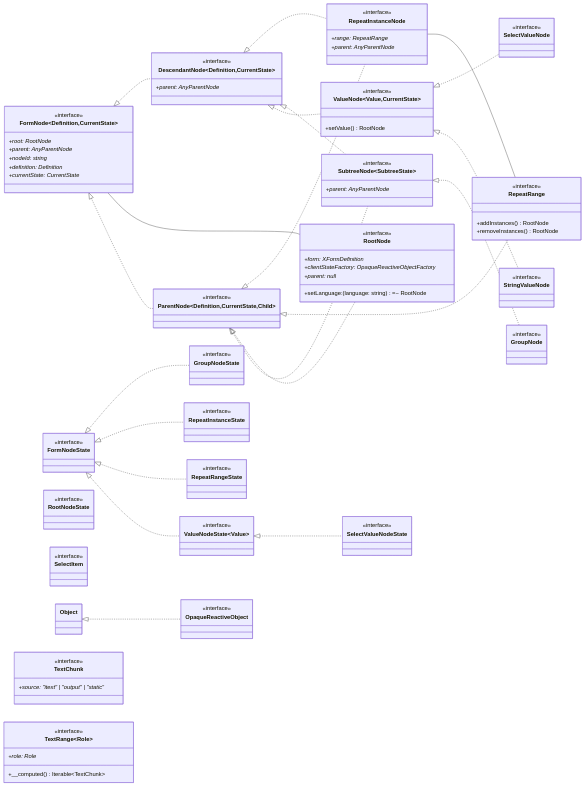
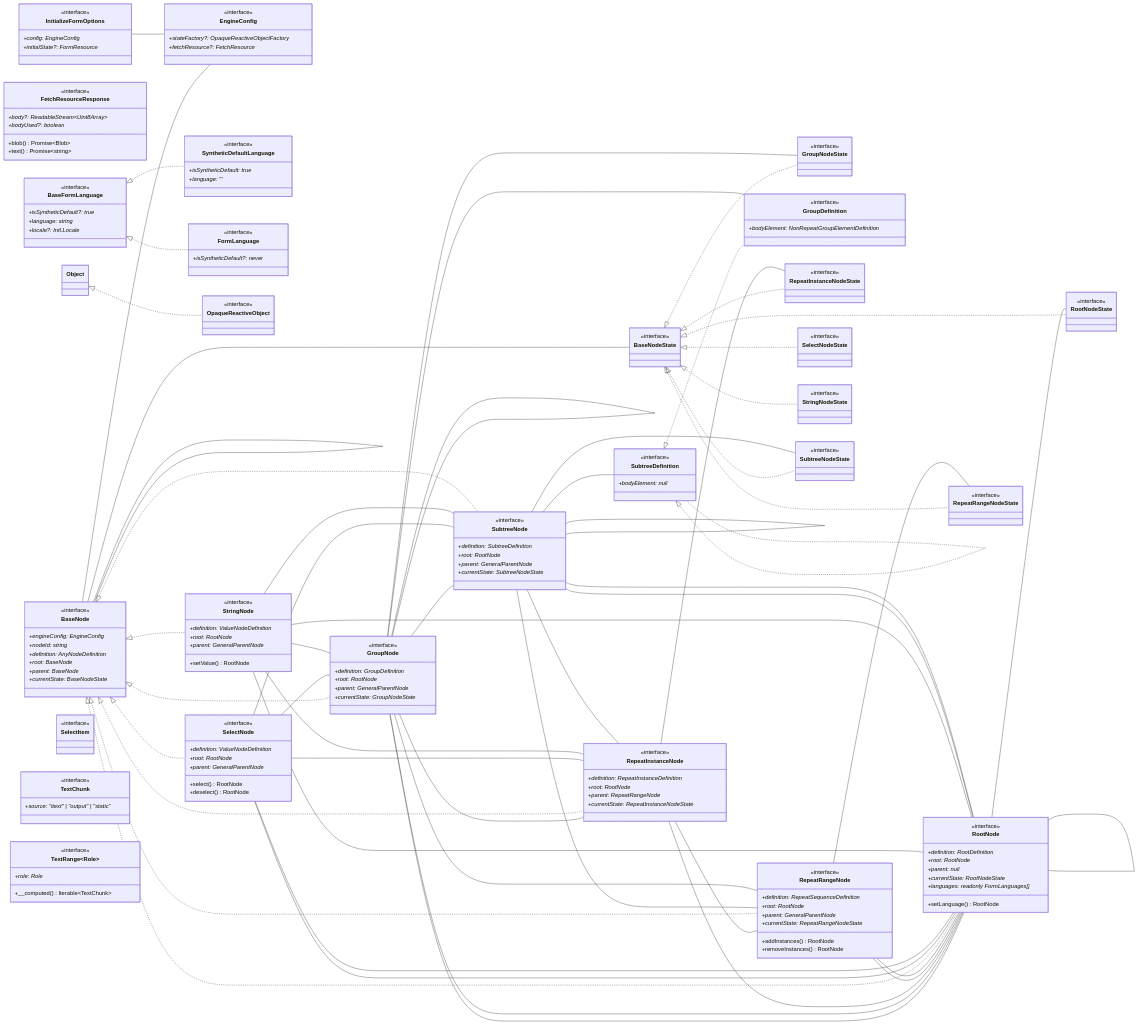
One commit to getodk/web-forms changed the diagram in packages/odk-web-forms/client-interface-uml.md. Above: the diagram before and after it, drawn with Mermaid.

Commit message:
updated the diagram

```diff
--- a/packages/odk-web-forms/client-interface-uml.md
+++ b/packages/odk-web-forms/client-interface-uml.md
@@ -4,73 +4,137 @@
 
 classDiagram
 direction LR
-class DescendantNode~Definition,CurrentState~ {
-            <<interface>>
-            +parent: AnyParentNode*
-            
-        }
-FormNode~Definition,CurrentState~<|..DescendantNode~Definition,CurrentState~
-class FormNode~Definition,CurrentState~ {
-            <<interface>>
-            +root: RootNode*
-+parent: AnyParentNode*
-+nodeId: string*
-+definition: Definition*
-+currentState: CurrentState*
-            
-        }
-FormNode~Definition,CurrentState~  --  RootNode
-class FormNodeState {
+class BaseNodeState {
             <<interface>>
             
             
         }
+class BaseNode {
+            <<interface>>
+            +engineConfig: EngineConfig*
++nodeId: string*
++definition: AnyNodeDefinition*
++root: BaseNode*
++parent: BaseNode*
++currentState: BaseNodeState*
+            
+        }
+BaseNode  --  EngineConfig
+BaseNode  --  BaseNode
+BaseNode  --  BaseNodeState
+class FetchResourceResponse {
+            <<interface>>
+            +body?: ReadableStream~Uint8Array~*
++bodyUsed?: boolean*
+            +blob() Promise~Blob~
++text() Promise~string~
+        }
+class EngineConfig {
+            <<interface>>
+            +stateFactory?: OpaqueReactiveObjectFactory*
++fetchResource?: FetchResource*
+            
+        }
+class BaseFormLanguage {
+            <<interface>>
+            +isSyntheticDefault?: true*
++language: string*
++locale?: Intl.Locale*
+            
+        }
+class SyntheticDefaultLanguage {
+            <<interface>>
+            +isSyntheticDefault: true*
++language: ""*
+            
+        }
+class FormLanguage {
+            <<interface>>
+            +isSyntheticDefault?: never*
+            
+        }
+BaseFormLanguage<|..SyntheticDefaultLanguage
+BaseFormLanguage<|..FormLanguage
 class GroupNodeState {
             <<interface>>
             
             
         }
+class GroupDefinition {
+            <<interface>>
+            +bodyElement: NonRepeatGroupElementDefinition*
+            
+        }
 class GroupNode {
+            <<interface>>
+            +definition: GroupDefinition*
++root: RootNode*
++parent: GeneralParentNode*
++currentState: GroupNodeState*
+            
+        }
+BaseNodeState<|..GroupNodeState
+SubtreeDefinition<|..GroupDefinition
+BaseNode<|..GroupNode
+GroupNode  --  GroupDefinition
+GroupNode  --  RootNode
+GroupNode  --  RootNode
+GroupNode  --  SubtreeNode
+GroupNode  --  GroupNode
+GroupNode  --  RepeatInstanceNode
+GroupNode  --  GroupNodeState
+class InitializeFormOptions {
+            <<interface>>
+            +config: EngineConfig*
++initialState?: FormResource*
+            
+        }
+InitializeFormOptions  --  EngineConfig
+class OpaqueReactiveObject {
             <<interface>>
             
             
         }
-FormNodeState<|..GroupNodeState
-SubtreeNode~SubtreeState~<|..GroupNode
-class ParentNode~Definition,CurrentState,Child~ {
-            <<interface>>
-            
-            
-        }
-FormNode~Definition,CurrentState~<|..ParentNode~Definition,CurrentState,Child~
-class RepeatInstanceState {
+Object<|..OpaqueReactiveObject
+class RepeatInstanceNodeState {
             <<interface>>
             
             
         }
 class RepeatInstanceNode {
             <<interface>>
-            +range: RepeatRange*
-+parent: AnyParentNode*
+            +definition: RepeatInstanceDefinition*
++root: RootNode*
++parent: RepeatRangeNode*
++currentState: RepeatInstanceNodeState*
             
         }
-FormNodeState<|..RepeatInstanceState
-DescendantNode~Definition,CurrentState~<|..RepeatInstanceNode
-ParentNode~Definition,CurrentState,Child~<|..RepeatInstanceNode
-RepeatInstanceNode  --  RepeatRange
-class RepeatRangeState {
+BaseNodeState<|..RepeatInstanceNodeState
+BaseNode<|..RepeatInstanceNode
+RepeatInstanceNode  --  RootNode
+RepeatInstanceNode  --  RepeatRangeNode
+RepeatInstanceNode  --  RepeatInstanceNodeState
+class RepeatRangeNodeState {
             <<interface>>
             
             
         }
-class RepeatRange {
+class RepeatRangeNode {
             <<interface>>
-            
+            +definition: RepeatSequenceDefinition*
++root: RootNode*
++parent: GeneralParentNode*
++currentState: RepeatRangeNodeState*
             +addInstances() RootNode
 +removeInstances() RootNode
         }
-FormNodeState<|..RepeatRangeState
-ParentNode~Definition,CurrentState,Child~<|..RepeatRange
+BaseNodeState<|..RepeatRangeNodeState
+BaseNode<|..RepeatRangeNode
+RepeatRangeNode  --  RootNode
+RepeatRangeNode  --  RootNode
+RepeatRangeNode  --  SubtreeNode
+RepeatRangeNode  --  GroupNode
+RepeatRangeNode  --  RepeatRangeNodeState
 class RootNodeState {
             <<interface>>
             
@@ -78,61 +142,88 @@
         }
 class RootNode {
             <<interface>>
-            +form: XFormDefinition*
-+clientStateFactory: OpaqueReactiveObjectFactory*
+            +definition: RootDefinition*
++root: RootNode*
 +parent: null*
-+setLanguage: (language: string) =~ RootNode
-            
++currentState: RootNodeState*
++languages: readonly FormLanguages[]*
+            +setLanguage() RootNode
         }
-ParentNode~Definition,CurrentState,Child~<|..RootNode
+BaseNodeState<|..RootNodeState
+BaseNode<|..RootNode
+RootNode  --  RootNode
+RootNode  --  RootNodeState
 class SelectItem {
             <<interface>>
             
             
         }
-class SelectValueNodeState {
+class SelectNodeState {
             <<interface>>
             
             
         }
-class SelectValueNode {
+class SelectNode {
+            <<interface>>
+            +definition: ValueNodeDefinition*
++root: RootNode*
++parent: GeneralParentNode*
+            +select() RootNode
++deselect() RootNode
+        }
+BaseNodeState<|..SelectNodeState
+BaseNode<|..SelectNode
+SelectNode  --  RootNode
+SelectNode  --  RootNode
+SelectNode  --  SubtreeNode
+SelectNode  --  GroupNode
+SelectNode  --  RepeatInstanceNode
+class StringNodeState {
             <<interface>>
             
             
         }
-ValueNodeState~Value~<|..SelectValueNodeState
-ValueNode~Value,CurrentState~<|..SelectValueNode
-class StringValueNode {
+class StringNode {
+            <<interface>>
+            +definition: ValueNodeDefinition*
++root: RootNode*
++parent: GeneralParentNode*
+            +setValue() RootNode
+        }
+BaseNodeState<|..StringNodeState
+BaseNode<|..StringNode
+StringNode  --  RootNode
+StringNode  --  RootNode
+StringNode  --  SubtreeNode
+StringNode  --  GroupNode
+StringNode  --  RepeatInstanceNode
+class SubtreeNodeState {
             <<interface>>
             
             
         }
-ValueNode~Value,CurrentState~<|..StringValueNode
-class SubtreeNode~SubtreeState~ {
+class SubtreeDefinition {
             <<interface>>
-            +parent: AnyParentNode*
+            +bodyElement: null*
             
         }
-DescendantNode~Definition,CurrentState~<|..SubtreeNode~SubtreeState~
-ParentNode~Definition,CurrentState,Child~<|..SubtreeNode~SubtreeState~
-class ValueNodeState~Value~ {
+class SubtreeNode {
             <<interface>>
-            
+            +definition: SubtreeDefinition*
++root: RootNode*
++parent: GeneralParentNode*
++currentState: SubtreeNodeState*
             
         }
-class ValueNode~Value,CurrentState~ {
-            <<interface>>
-            
-            +setValue() RootNode
-        }
-FormNodeState<|..ValueNodeState~Value~
-DescendantNode~Definition,CurrentState~<|..ValueNode~Value,CurrentState~
-class OpaqueReactiveObject {
-            <<interface>>
-            
-            
-        }
-Object<|..OpaqueReactiveObject
+BaseNodeState<|..SubtreeNodeState
+SubtreeDefinition<|..SubtreeDefinition
+BaseNode<|..SubtreeNode
+SubtreeNode  --  SubtreeDefinition
+SubtreeNode  --  RootNode
+SubtreeNode  --  RootNode
+SubtreeNode  --  SubtreeNode
+SubtreeNode  --  RepeatInstanceNode
+SubtreeNode  --  SubtreeNodeState
 class TextChunk {
             <<interface>>
             +source: "itext" | "output" | "static"*
```
